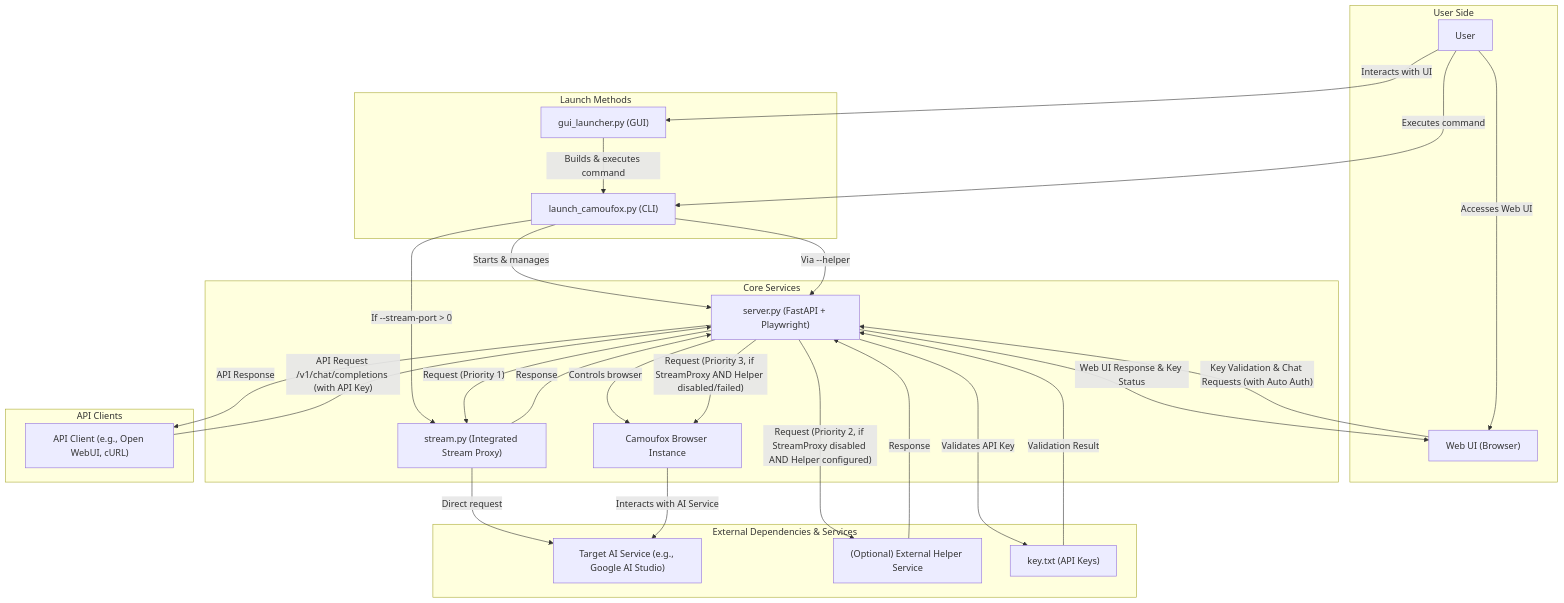
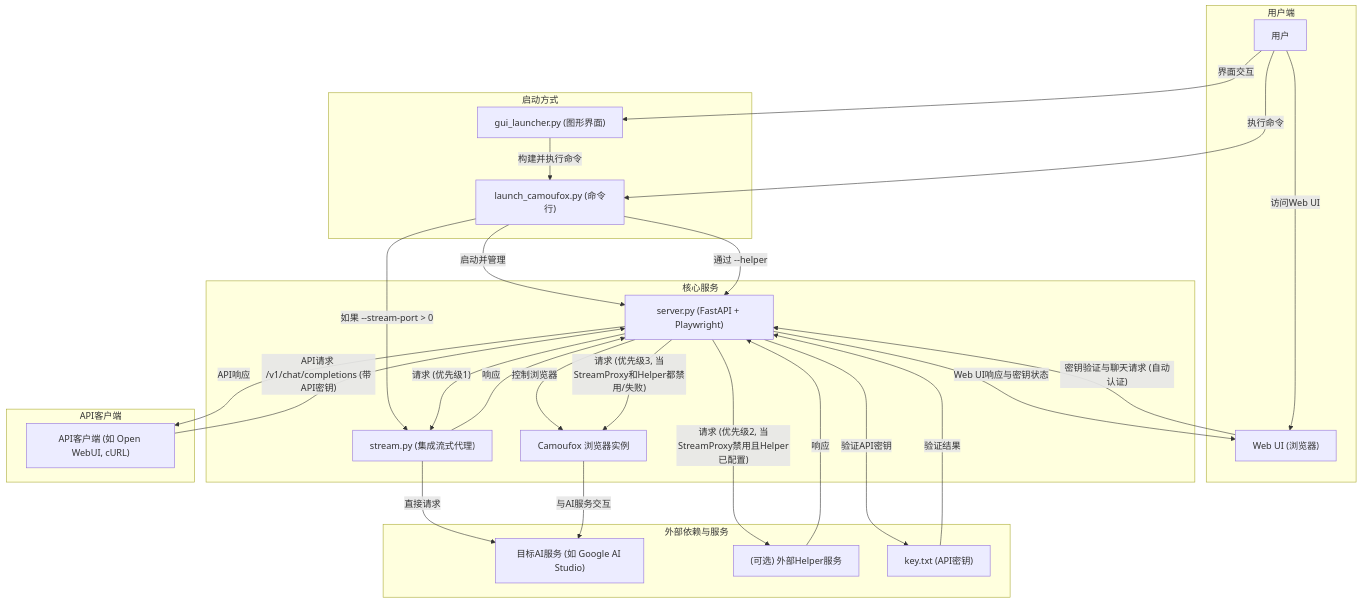
Before and after one commit to yattin/AIstudioProxyAPI: the diagram in README.md, drawn with Mermaid. The commit also changed other lines of this file and 9 other files, not shown here.

````diff
--- a/README.md
+++ b/README.md
@@ -292,56 +18,56 @@
 ```mermaid
 graph TD
-    subgraph "User Side"
-        User["User"]
-        WebUI["Web UI (Browser)"]
+    subgraph "用户端"
+        User["用户"]
+        WebUI["Web UI (浏览器)"]
     end
 
-    subgraph "Launch Methods"
-        CLI_Launch["launch_camoufox.py (CLI)"]
-        GUI_Launch["gui_launcher.py (GUI)"]
+    subgraph "启动方式"
+        CLI_Launch["launch_camoufox.py (命令行)"]
+        GUI_Launch["gui_launcher.py (图形界面)"]
     end
 
-    subgraph "Core Services"
+    subgraph "核心服务"
         ServerPY["server.py (FastAPI + Playwright)"]
-        StreamProxy["stream.py (Integrated Stream Proxy)"]
-        CamoufoxInstance["Camoufox Browser Instance"]
+        StreamProxy["stream.py (集成流式代理)"]
+        CamoufoxInstance["Camoufox 浏览器实例"]
     end
 
-    subgraph "External Dependencies & Services"
-        AI_Studio["Target AI Service (e.g., Google AI Studio)"]
-        OptionalHelper["(Optional) External Helper Service"]
-        KeyFile["key.txt (API Keys)"]
+    subgraph "外部依赖与服务"
+        AI_Studio["目标AI服务 (如 Google AI Studio)"]
+        OptionalHelper["(可选) 外部Helper服务"]
+        KeyFile["key.txt (API密钥)"]
     end
 
-    subgraph "API Clients"
-        API_Client["API Client (e.g., Open WebUI, cURL)"]
+    subgraph "API客户端"
+        API_Client["API客户端 (如 Open WebUI, cURL)"]
     end
 
-    User -- "Executes command" --> CLI_Launch
-    User -- "Interacts with UI" --> GUI_Launch
-    User -- "Accesses Web UI" --> WebUI
+    User -- "执行命令" --> CLI_Launch
+    User -- "界面交互" --> GUI_Launch
+    User -- "访问Web UI" --> WebUI
 
-    GUI_Launch -- "Builds & executes command" --> CLI_Launch
+    GUI_Launch -- "构建并执行命令" --> CLI_Launch
 
-    CLI_Launch -- "Starts & manages" --> ServerPY
-    CLI_Launch -- "If --stream-port > 0" --> StreamProxy
-    CLI_Launch -- "Via --helper <url>" --> ServerPY
+    CLI_Launch -- "启动并管理" --> ServerPY
+    CLI_Launch -- "如果 --stream-port > 0" --> StreamProxy
+    CLI_Launch -- "通过 --helper <url>" --> ServerPY
 
-    ServerPY -- "Controls browser" --> CamoufoxInstance
-    ServerPY -- "Request (Priority 1)" --> StreamProxy
-    StreamProxy -- "Direct request" --> AI_Studio
-    StreamProxy -- "Response" --> ServerPY
+    ServerPY -- "控制浏览器" --> CamoufoxInstance
+    ServerPY -- "请求 (优先级1)" --> StreamProxy
+    StreamProxy -- "直接请求" --> AI_Studio
+    StreamProxy -- "响应" --> ServerPY
 
-    ServerPY -- "Request (Priority 2, if StreamProxy disabled AND Helper configured)" --> OptionalHelper
-    OptionalHelper -- "Response" --> ServerPY
+    ServerPY -- "请求 (优先级2, 当StreamProxy禁用且Helper已配置)" --> OptionalHelper
+    OptionalHelper -- "响应" --> ServerPY
 
-    ServerPY -- "Request (Priority 3, if StreamProxy AND Helper disabled/failed)" --> CamoufoxInstance
-    CamoufoxInstance -- "Interacts with AI Service" --> AI_Studio
+    ServerPY -- "请求 (优先级3, 当StreamProxy和Helper都禁用/失败)" --> CamoufoxInstance
+    CamoufoxInstance -- "与AI服务交互" --> AI_Studio
 
-    API_Client -- "API Request /v1/chat/completions (with API Key)" --> ServerPY
-    WebUI -- "Key Validation & Chat Requests (with Auto Auth)" --> ServerPY
-    ServerPY -- "Validates API Key" --> KeyFile
-    KeyFile -- "Validation Result" --> ServerPY
-    ServerPY -- "API Response" --> API_Client
-    ServerPY -- "Web UI Response & Key Status" --> WebUI
+    API_Client -- "API请求 /v1/chat/completions (带API密钥)" --> ServerPY
+    WebUI -- "密钥验证与聊天请求 (自动认证)" --> ServerPY
+    ServerPY -- "验证API密钥" --> KeyFile
+    KeyFile -- "验证结果" --> ServerPY
+    ServerPY -- "API响应" --> API_Client
+    ServerPY -- "Web UI响应与密钥状态" --> WebUI
 ```
````
